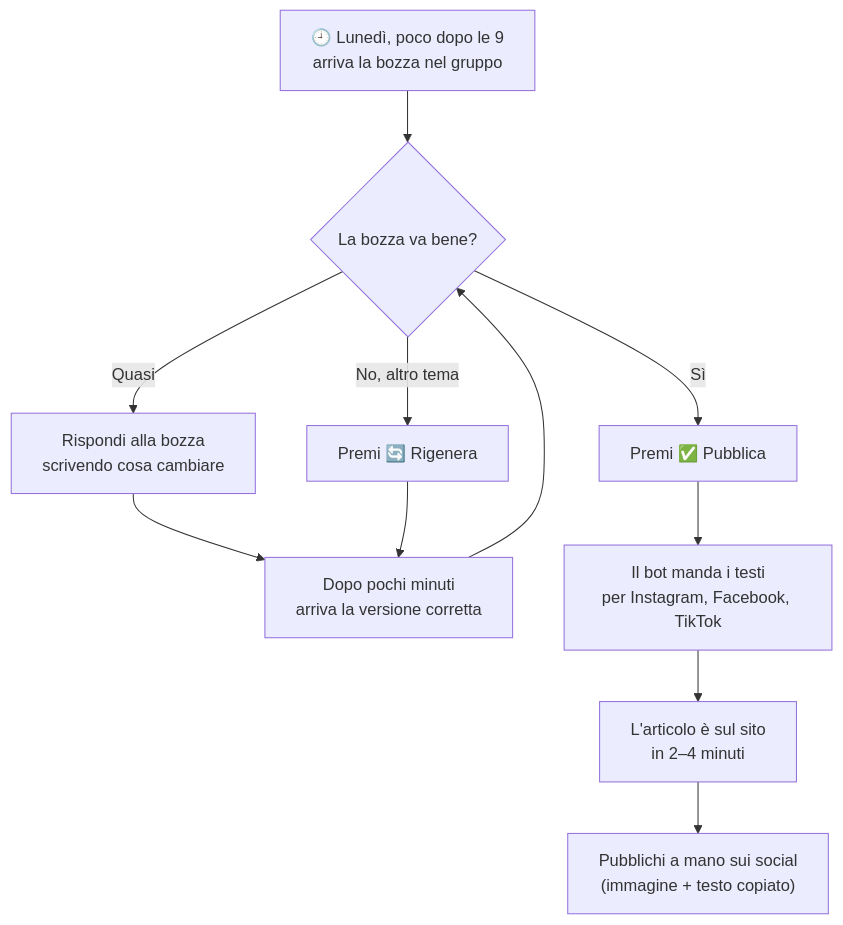
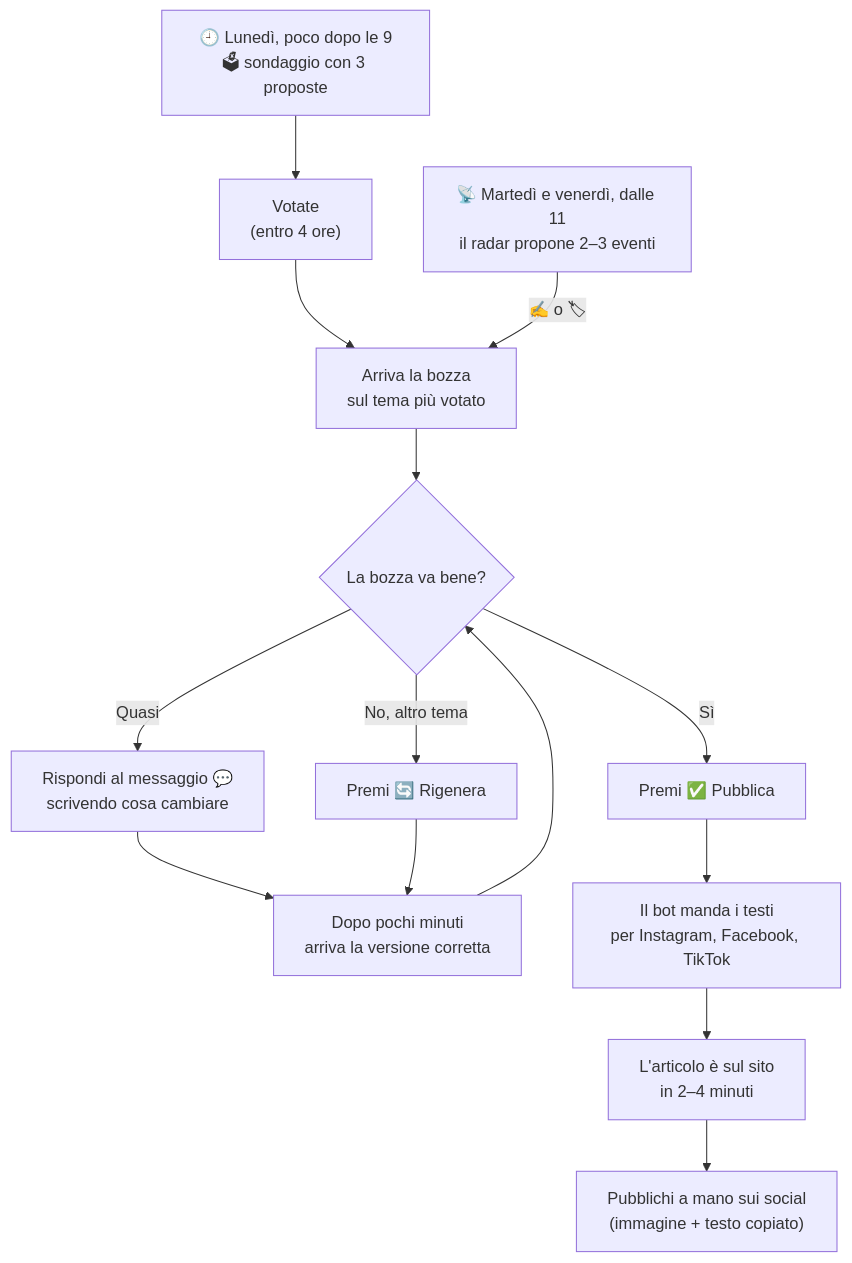
Before and after one commit to mistraliagianluca/mistraliagianluca.github.io: the diagram in docs/02-uso-quotidiano.md, drawn with Mermaid. The commit also changed other lines of this file and 43 other files, not shown here.

Commit message:
Bot interattivo (radar, sondaggio, 💬), pannello riorganizzato, Diario con tipi e 6 articoli

````diff
--- a/docs/02-uso-quotidiano.md
+++ b/docs/02-uso-quotidiano.md
@@ -9,13 +9,16 @@
 ```mermaid
 flowchart TD
-    A["🕘 Lunedì, poco dopo le 9<br>arriva la bozza nel gruppo"] --> B{"La bozza va bene?"}
+    P["🕘 Lunedì, poco dopo le 9<br>🗳 sondaggio con 3 proposte"] --> V["Votate<br>(entro 4 ore)"]
+    V --> A["Arriva la bozza<br>sul tema più votato"]
+    R["📡 Martedì e venerdì, dalle 11<br>il radar propone 2–3 eventi"] -->|"✍️ o 🏷"| A
+    A --> B{"La bozza va bene?"}
     B -->|Sì| C["Premi ✅ Pubblica"]
-    B -->|Quasi| D["Rispondi alla bozza<br>scrivendo cosa cambiare"]
+    B -->|Quasi| D["Rispondi al messaggio 💬<br>scrivendo cosa cambiare"]
     B -->|No, altro tema| E["Premi 🔄 Rigenera"]
     D --> F["Dopo pochi minuti<br>arriva la versione corretta"]
     E --> F
     F --> B
     C --> G["Il bot manda i testi<br>per Instagram, Facebook, TikTok"]
     G --> H["L'articolo è sul sito<br>in 2–4 minuti"]
     H --> I["Pubblichi a mano sui social<br>(immagine + testo copiato)"]
 ```
````
